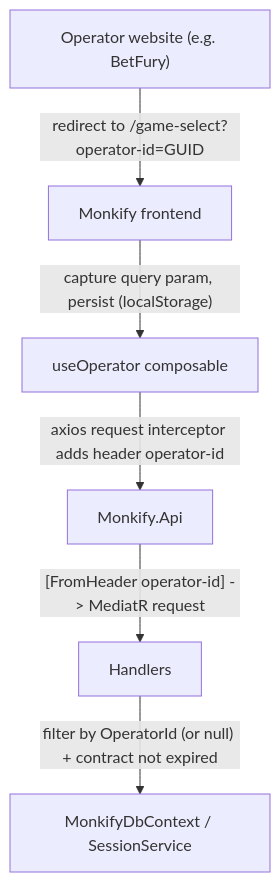
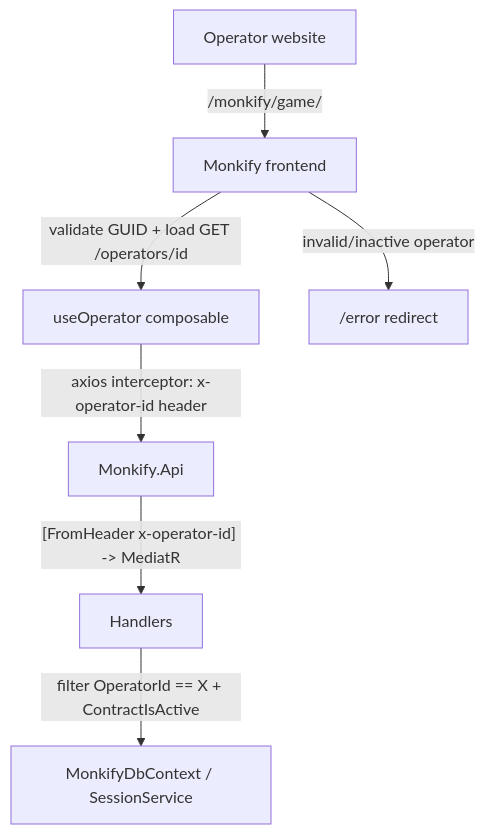
The second of 2 diagrams in specs/operator-feature.md (marcusruas/monkify-meta), drawn with Mermaid before and after one commit. The commit also changed other lines of this file and 1 other file, not shown here.

First line of the commit message:
Update operator feature spec with refinement decisions.

````diff
--- a/specs/operator-feature.md
+++ b/specs/operator-feature.md
@@ -235,8 +202,9 @@
 ```mermaid
 flowchart TD
-    A["Operator website (e.g. BetFury)"] -->|"redirect to /game-select?operator-id=GUID"| B["Monkify frontend"]
-    B -->|"capture query param, persist (localStorage)"| C["useOperator composable"]
-    C -->|"axios request interceptor adds header operator-id"| D["Monkify.Api"]
-    D -->|"[FromHeader operator-id] -> MediatR request"| E["Handlers"]
-    E -->|"filter by OperatorId (or null) + contract not expired"| F["MonkifyDbContext / SessionService"]
+    A["Operator website"] -->|"/monkify/game/<operatorId>"| B["Monkify frontend"]
+    B -->|"validate GUID + load GET /operators/id"| C["useOperator composable"]
+    C -->|"axios interceptor: x-operator-id header"| D["Monkify.Api"]
+    D -->|"[FromHeader x-operator-id] -> MediatR"| E["Handlers"]
+    E -->|"filter OperatorId == X + ContractIsActive"| F["MonkifyDbContext / SessionService"]
+    B -->|"invalid/inactive operator"| G["/error redirect"]
 ```
````
